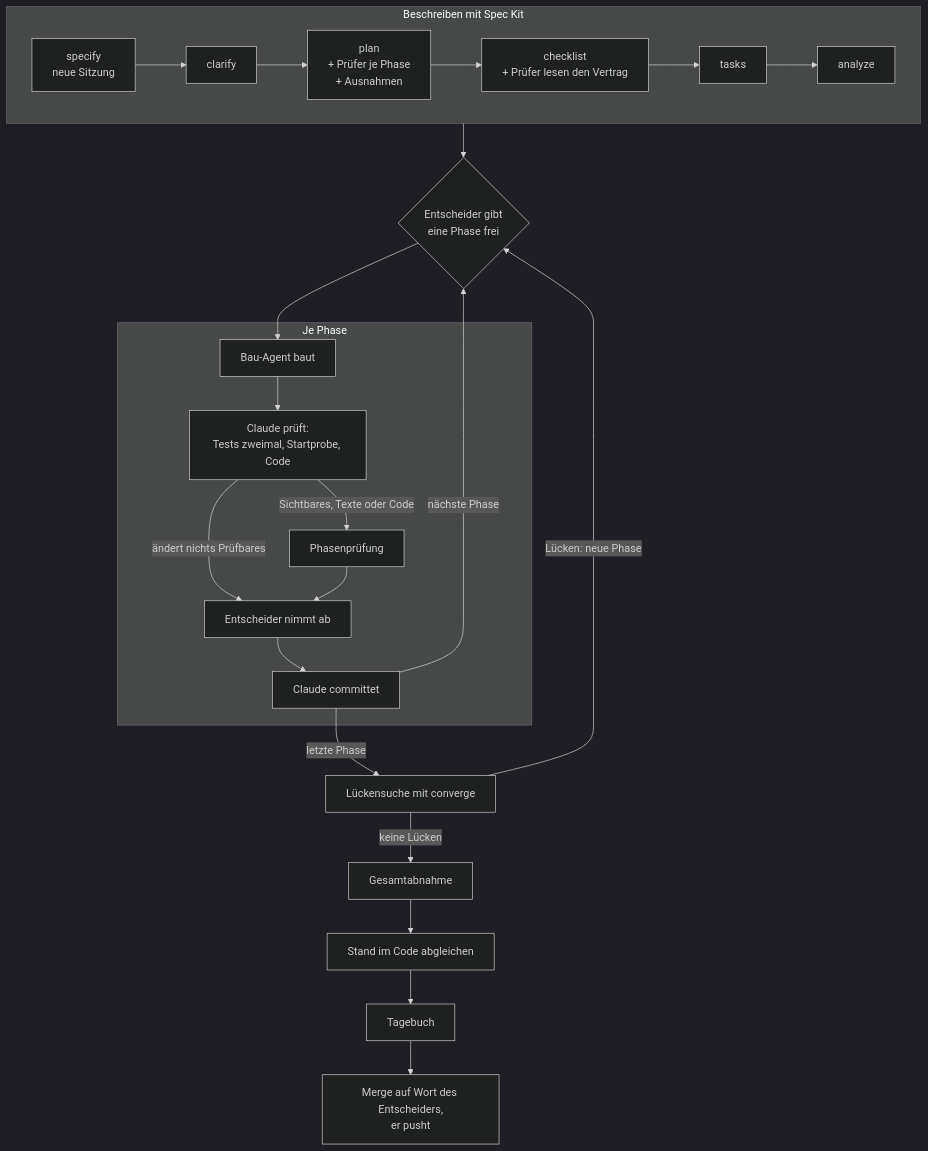
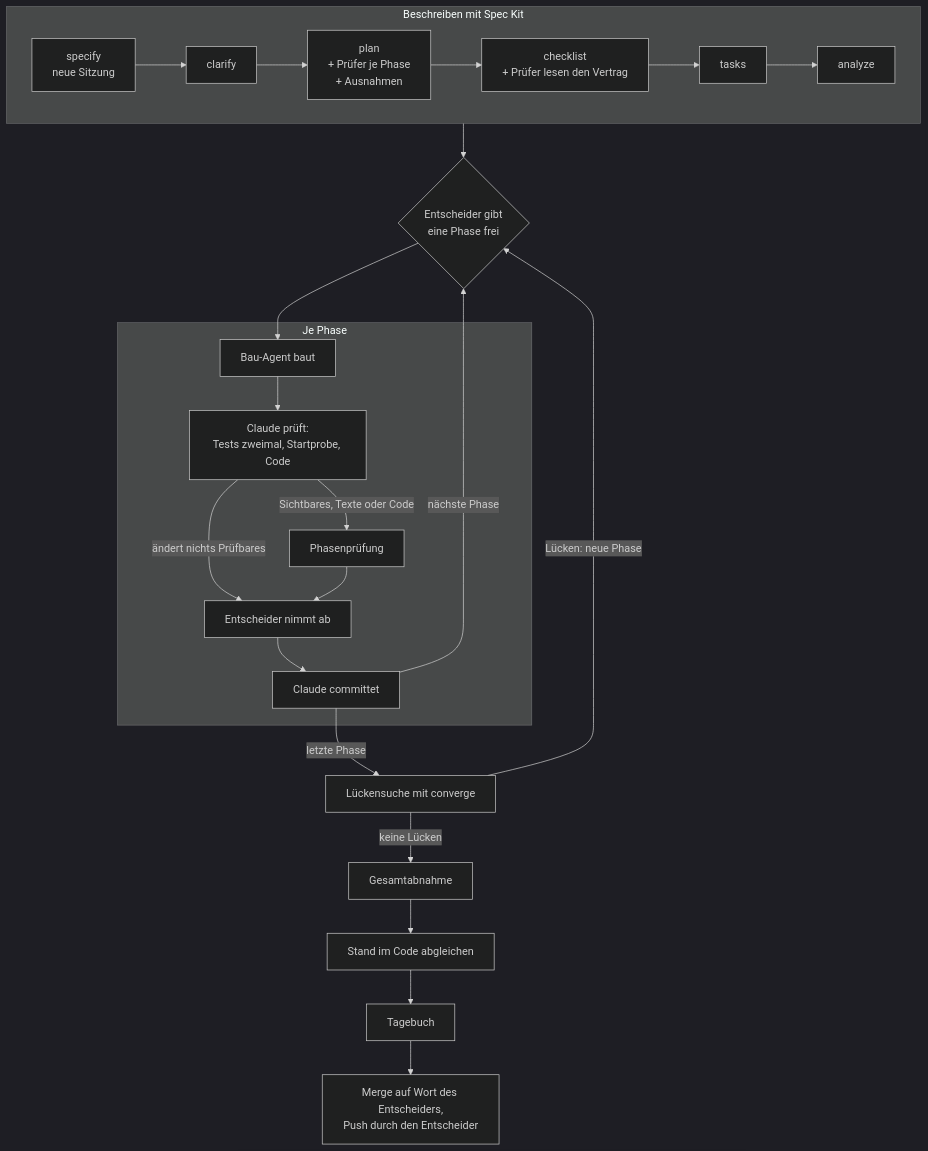
One commit to klausmoster/DerComputerladen changed the second of 3 diagrams in docs/ki_workflow/blaupause.md. Above: the diagram before and after it, drawn with Mermaid (dark theme). The commit also changed other lines of this file and 2 other files, not shown here.

````diff
--- a/docs/ki_workflow/blaupause.md
+++ b/docs/ki_workflow/blaupause.md
@@ -107,23 +121,23 @@
 ```mermaid
 flowchart TD
     subgraph beschreiben["Beschreiben mit Spec Kit"]
         direction LR
         S1["specify<br/>neue Sitzung"] --> S2["clarify"] --> S3["plan<br/>+ Prüfer je Phase<br/>+ Ausnahmen"] --> S4["checklist<br/>+ Prüfer lesen den Vertrag"] --> S5["tasks"] --> S6["analyze"]
     end
     beschreiben --> F{"Entscheider gibt<br/>eine Phase frei"}
     subgraph phase["Je Phase"]
         B["Bau-Agent baut"] --> CP["Claude prüft:<br/>Tests zweimal, Startprobe, Code"]
         CP -->|"ändert nichts Prüfbares"| AB["Entscheider nimmt ab"]
         CP -->|"Sichtbares, Texte oder Code"| P["Phasenprüfung"]
         P --> AB
         AB --> CO["Claude committet"]
     end
     F --> B
     CO -->|"nächste Phase"| F
     CO -->|"letzte Phase"| CV["Lückensuche mit converge"]
     CV -->|"Lücken: neue Phase"| F
     CV -->|"keine Lücken"| GA["Gesamtabnahme"]
     GA --> SB["Stand im Code abgleichen"]
     SB --> TB["Tagebuch"]
-    TB --> M["Merge auf Wort des Entscheiders,<br/>er pusht"]
+    TB --> M["Merge auf Wort des Entscheiders,<br/>Push durch den Entscheider"]
 ```
````
